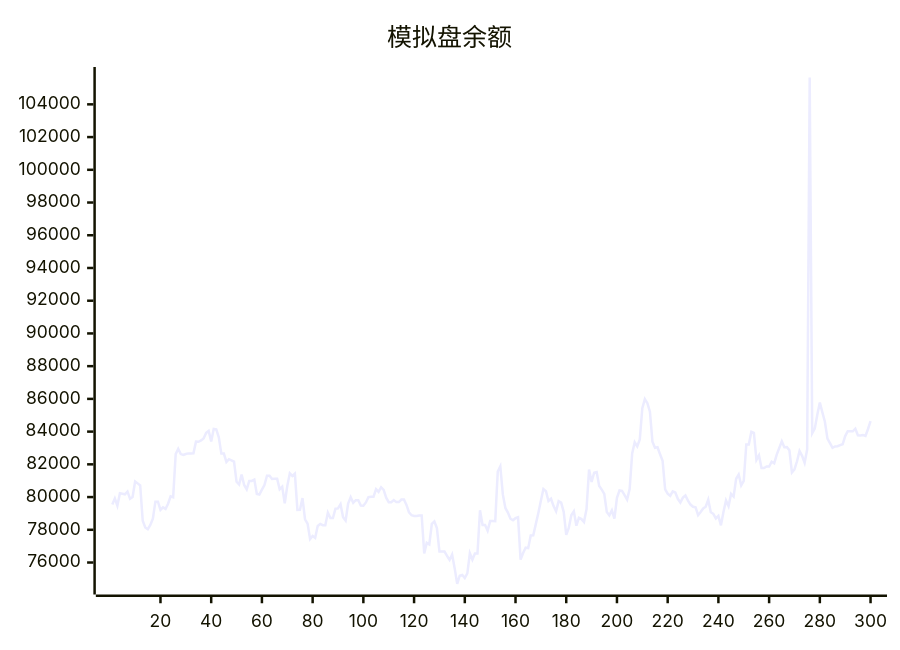
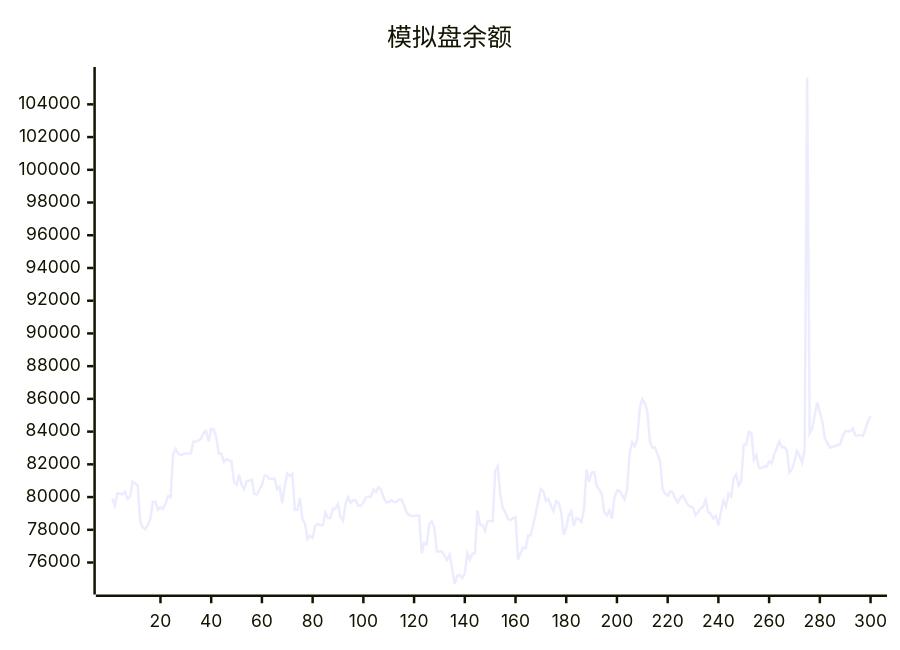
The diagram in README.md (aahl/ai-trading), drawn with Mermaid before and after one commit. The commit also changed other lines of this file and 1 other file, not shown here.

````diff
--- a/README.md
+++ b/README.md
@@ -5,5 +5,5 @@
 ```mermaid
 xychart
     title "模拟盘余额"
-    line [79552,79920,79470,80236,80208,80170,80336,79894,80006,80954,80837,80712,78561,78139,78037,78293,78682,79720,79720,79214,79372,79279,79591,80046,79993,82625,82950,82626,82571,82633,82670,82670,82681,83386,83378,83464,83579,83920,84037,83402,84160,84142,83652,82655,82655,82145,82315,82243,82163,80934,80770,81371,80742,80468,80989,80989,81067,80191,80155,80450,80737,81309,81309,81106,81119,81119,80471,80631,79624,80670,81448,81290,81429,79212,79222,79940,78643,78380,77432,77623,77504,78235,78358,78284,78277,79048,78714,78714,79290,79308,79567,78763,78563,79603,79988,79652,79813,79813,79476,79469,79673,79995,80015,80015,80486,80314,80600,80436,79966,79689,79689,79819,79692,79692,79850,79850,79518,79071,78889,78850,78850,78878,78878,76554,77202,77103,78357,78510,78106,76678,76677,76672,76411,76159,76485,75656,74695,75197,75246,75052,75334,76564,76179,76553,76551,79196,78300,78300,77944,78531,78531,78521,81564,81884,80160,79335,79055,78675,78580,78708,78764,76179,76586,76902,76876,77658,77669,78346,79023,79769,80497,80366,79761,79896,79448,79126,79749,79658,79097,77695,78114,78888,79126,78249,78738,78653,78478,79271,81680,80923,81488,81527,80681,80455,80190,79084,78879,79193,78686,79954,80403,80374,80118,79848,80491,82665,83351,83098,83525,85430,85983,85737,85221,83378,83014,83043,82613,82216,80477,80208,80081,80348,80277,79894,79670,79965,80093,79786,79542,79406,79371,78893,79087,79304,79406,79841,79072,78978,78696,78846,78272,79085,79787,79442,80198,80031,81120,81379,80718,80985,83214,83212,83993,83921,82270,82547,81776,81776,81866,81866,82158,82061,82596,83000,83408,83041,83050,82858,81503,81691,82188,82812,82517,82092,82901,105633,83898,84180,85030,85781,85178,84604,83569,83298,83008,83093,83107,83175,83228,83729,84025,84017,84019,84177,83775,83762,83785,83738,84160,84639]
+    line [79920,79470,80236,80208,80170,80336,79894,80006,80954,80837,80712,78561,78139,78037,78293,78682,79720,79720,79214,79372,79279,79591,80046,79993,82625,82950,82626,82571,82633,82670,82670,82681,83386,83378,83464,83579,83920,84037,83402,84160,84142,83652,82655,82655,82145,82315,82243,82163,80934,80770,81371,80742,80468,80989,80989,81067,80191,80155,80450,80737,81309,81309,81106,81119,81119,80471,80631,79624,80670,81448,81290,81429,79212,79222,79940,78643,78380,77432,77623,77504,78235,78358,78284,78277,79048,78714,78714,79290,79308,79567,78763,78563,79603,79988,79652,79813,79813,79476,79469,79673,79995,80015,80015,80486,80314,80600,80436,79966,79689,79689,79819,79692,79692,79850,79850,79518,79071,78889,78850,78850,78878,78878,76554,77202,77103,78357,78510,78106,76678,76677,76672,76411,76159,76485,75656,74695,75197,75246,75052,75334,76564,76179,76553,76551,79196,78300,78300,77944,78531,78531,78521,81564,81884,80160,79335,79055,78675,78580,78708,78764,76179,76586,76902,76876,77658,77669,78346,79023,79769,80497,80366,79761,79896,79448,79126,79749,79658,79097,77695,78114,78888,79126,78249,78738,78653,78478,79271,81680,80923,81488,81527,80681,80455,80190,79084,78879,79193,78686,79954,80403,80374,80118,79848,80491,82665,83351,83098,83525,85430,85983,85737,85221,83378,83014,83043,82613,82216,80477,80208,80081,80348,80277,79894,79670,79965,80093,79786,79542,79406,79371,78893,79087,79304,79406,79841,79072,78978,78696,78846,78272,79085,79787,79442,80198,80031,81120,81379,80718,80985,83214,83212,83993,83921,82270,82547,81776,81776,81866,81866,82158,82061,82596,83000,83408,83041,83050,82858,81503,81691,82188,82812,82517,82092,82901,105633,83898,84180,85030,85781,85178,84604,83569,83298,83008,83093,83107,83175,83228,83729,84025,84017,84019,84177,83775,83762,83785,83738,84160,84639,84939]
 ```
````
